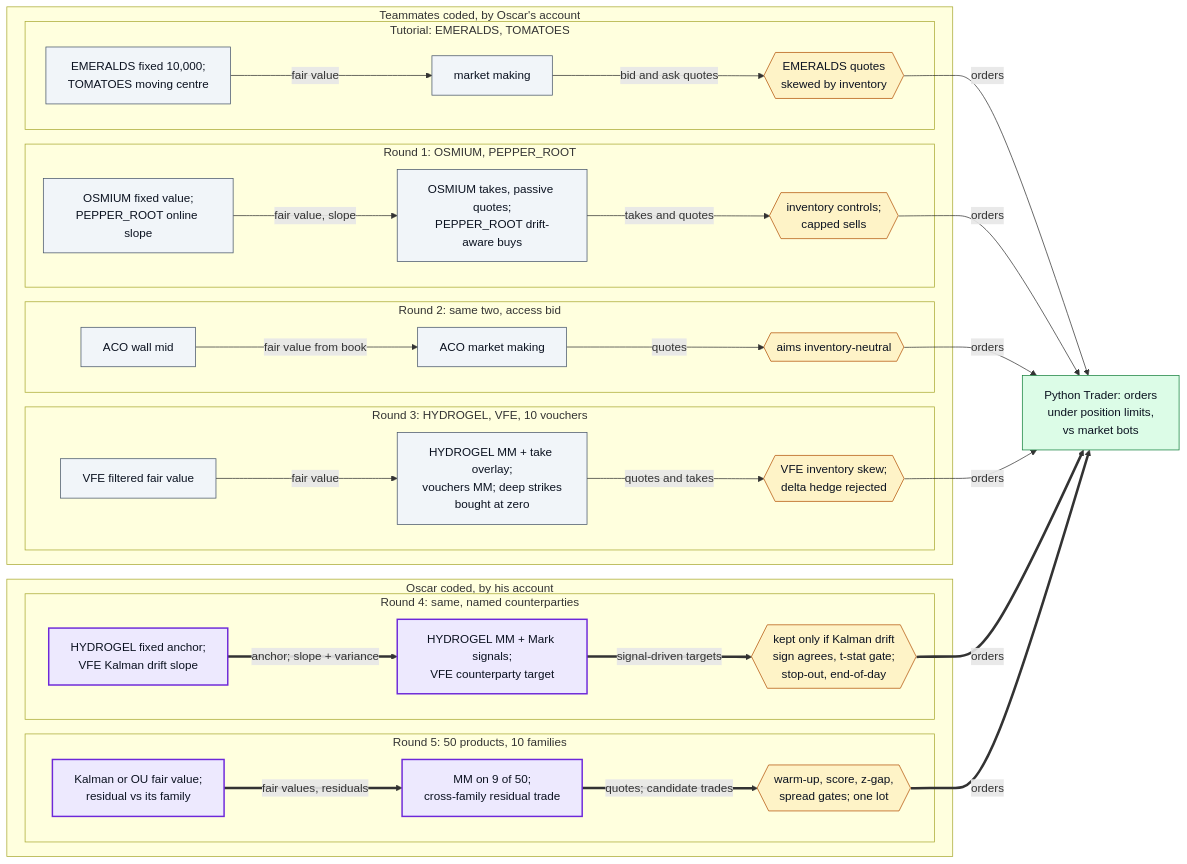
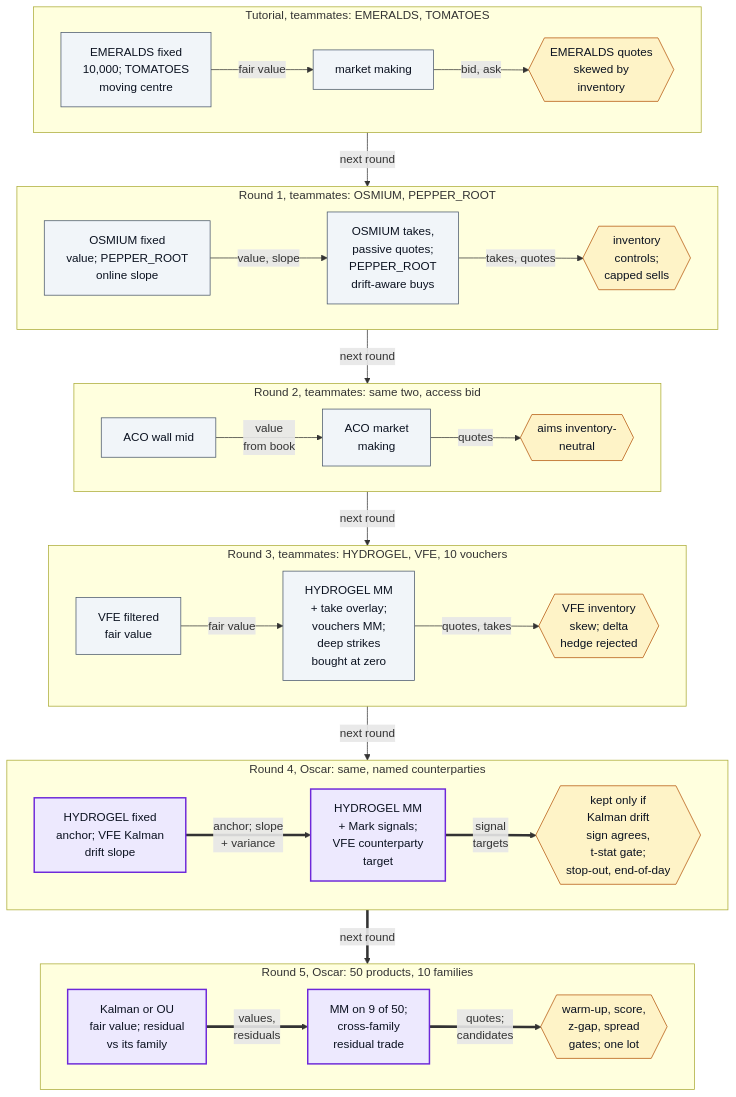
The first of 2 diagrams in README.md (oscar-chw/imc-prosperity-4-shdc), drawn with Mermaid before and after one commit. The commit also changed other lines of this file and 1 other file, not shown here.

Commit message:
docs: make diagrams legible at README width

````diff
--- a/README.md
+++ b/README.md
@@ -20,66 +20,65 @@
 ```mermaid
-flowchart LR
-  subgraph TEAM["Teammates coded, by Oscar's account"]
-    subgraph RT["Tutorial: EMERALDS, TOMATOES"]
-      T0F["EMERALDS fixed 10,000;<br/>TOMATOES moving centre"]
-      T0Q["market making"]
-      T0R{{"EMERALDS quotes<br/>skewed by inventory"}}
-    end
-    subgraph RA["Round 1: OSMIUM, PEPPER_ROOT"]
-      R1F["OSMIUM fixed value;<br/>PEPPER_ROOT online slope"]
-      R1Q["OSMIUM takes, passive quotes;<br/>PEPPER_ROOT drift-aware buys"]
-      R1R{{"inventory controls;<br/>capped sells"}}
-    end
-    subgraph RB["Round 2: same two, access bid"]
-      R2F["ACO wall mid"]
-      R2Q["ACO market making"]
-      R2R{{"aims inventory-neutral"}}
-    end
-    subgraph RC["Round 3: HYDROGEL, VFE, 10 vouchers"]
-      R3F["VFE filtered fair value"]
-      R3Q["HYDROGEL MM + take overlay;<br/>vouchers MM; deep strikes<br/>bought at zero"]
-      R3R{{"VFE inventory skew;<br/>delta hedge rejected"}}
-    end
+flowchart TB
+  subgraph RT["Tutorial, teammates: EMERALDS, TOMATOES"]
+    direction LR
+    T0F["EMERALDS fixed<br/>10,000; TOMATOES<br/>moving centre"]
+    T0Q["market making"]
+    T0R{{"EMERALDS quotes<br/>skewed by<br/>inventory"}}
+    T0F -->|"fair value"| T0Q
+    T0Q -->|"bid, ask"| T0R
   end
-  subgraph OSC["Oscar coded, by his account"]
-    subgraph RD["Round 4: same, named counterparties"]
-      R4F["HYDROGEL fixed anchor;<br/>VFE Kalman drift slope"]
-      R4Q["HYDROGEL MM + Mark signals;<br/>VFE counterparty target"]
-      R4R{{"kept only if Kalman drift<br/>sign agrees, t-stat gate;<br/>stop-out, end-of-day"}}
-    end
-    subgraph RE["Round 5: 50 products, 10 families"]
-      R5F["Kalman or OU fair value;<br/>residual vs its family"]
-      R5Q["MM on 9 of 50;<br/>cross-family residual trade"]
-      R5R{{"warm-up, score, z-gap,<br/>spread gates; one lot"}}
-    end
+  subgraph RA["Round 1, teammates: OSMIUM, PEPPER_ROOT"]
+    direction LR
+    R1F["OSMIUM fixed<br/>value; PEPPER_ROOT<br/>online slope"]
+    R1Q["OSMIUM takes,<br/>passive quotes;<br/>PEPPER_ROOT<br/>drift-aware buys"]
+    R1R{{"inventory<br/>controls;<br/>capped sells"}}
+    R1F -->|"value, slope"| R1Q
+    R1Q -->|"takes, quotes"| R1R
   end
-  TR["Python Trader: orders<br/>under position limits,<br/>vs market bots"]
-  T0F -->|"fair value"| T0Q
-  T0Q -->|"bid and ask quotes"| T0R
-  R1F -->|"fair value, slope"| R1Q
-  R1Q -->|"takes and quotes"| R1R
-  R2F -->|"fair value from book"| R2Q
-  R2Q -->|"quotes"| R2R
-  R3F -->|"fair value"| R3Q
-  R3Q -->|"quotes and takes"| R3R
-  R4F ==>|"anchor; slope + variance"| R4Q
-  R4Q ==>|"signal-driven targets"| R4R
-  R5F ==>|"fair values, residuals"| R5Q
-  R5Q ==>|"quotes; candidate trades"| R5R
-  T0R -->|"orders"| TR
-  R1R -->|"orders"| TR
-  R2R -->|"orders"| TR
-  R3R -->|"orders"| TR
-  R4R ==>|"orders"| TR
-  R5R ==>|"orders"| TR
+  subgraph RB["Round 2, teammates: same two, access bid"]
+    direction LR
+    R2F["ACO wall mid"]
+    R2Q["ACO market<br/>making"]
+    R2R{{"aims inventory-<br/>neutral"}}
+    R2F -->|"value<br/>from book"| R2Q
+    R2Q -->|"quotes"| R2R
+  end
+  subgraph RC["Round 3, teammates: HYDROGEL, VFE, 10 vouchers"]
+    direction LR
+    R3F["VFE filtered<br/>fair value"]
+    R3Q["HYDROGEL MM<br/>+ take overlay;<br/>vouchers MM;<br/>deep strikes<br/>bought at zero"]
+    R3R{{"VFE inventory<br/>skew; delta<br/>hedge rejected"}}
+    R3F -->|"fair value"| R3Q
+    R3Q -->|"quotes, takes"| R3R
+  end
+  subgraph RD["Round 4, Oscar: same, named counterparties"]
+    direction LR
+    R4F["HYDROGEL fixed<br/>anchor; VFE Kalman<br/>drift slope"]
+    R4Q["HYDROGEL MM<br/>+ Mark signals;<br/>VFE counterparty<br/>target"]
+    R4R{{"kept only if<br/>Kalman drift<br/>sign agrees,<br/>t-stat gate;<br/>stop-out, end-of-day"}}
+    R4F ==>|"anchor; slope<br/>+ variance"| R4Q
+    R4Q ==>|"signal<br/>targets"| R4R
+  end
+  subgraph RE["Round 5, Oscar: 50 products, 10 families"]
+    direction LR
+    R5F["Kalman or OU<br/>fair value; residual<br/>vs its family"]
+    R5Q["MM on 9 of 50;<br/>cross-family<br/>residual trade"]
+    R5R{{"warm-up, score,<br/>z-gap, spread<br/>gates; one lot"}}
+    R5F ==>|"values,<br/>residuals"| R5Q
+    R5Q ==>|"quotes;<br/>candidates"| R5R
+  end
+  RT -->|"next round"| RA
+  RA -->|"next round"| RB
+  RB -->|"next round"| RC
+  RC -->|"next round"| RD
+  RD ==>|"next round"| RE
   classDef data fill:#dbeafe,stroke:#1d4ed8,color:#0b1220
   classDef step fill:#f1f5f9,stroke:#475569,color:#0b1220
   classDef gate fill:#fef3c7,stroke:#b45309,color:#0b1220
   classDef out  fill:#dcfce7,stroke:#15803d,color:#0b1220
   classDef ext  fill:#f8fafc,stroke:#94a3b8,color:#0b1220,stroke-dasharray:4 3
   classDef key  fill:#ede9fe,stroke:#6d28d9,color:#0b1220,stroke-width:2px
   class T0F,T0Q,R1F,R1Q,R2F,R2Q,R3F,R3Q step
   class R4F,R4Q,R5F,R5Q key
   class T0R,R1R,R2R,R3R,R4R,R5R gate
-  class TR out
 ```
````
